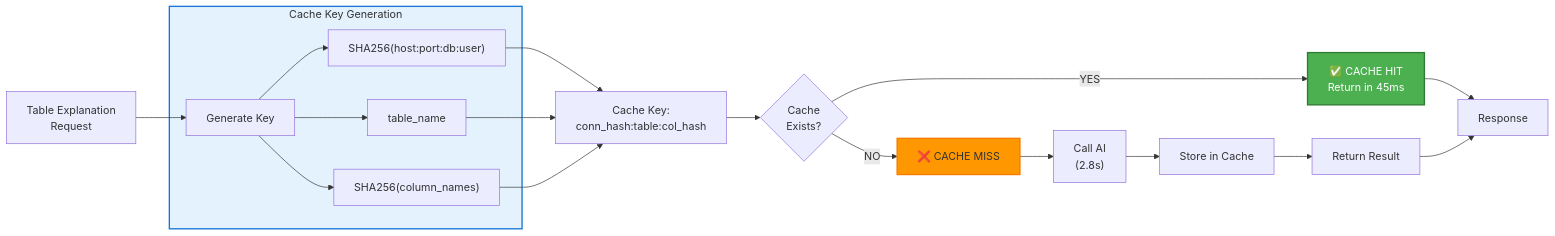
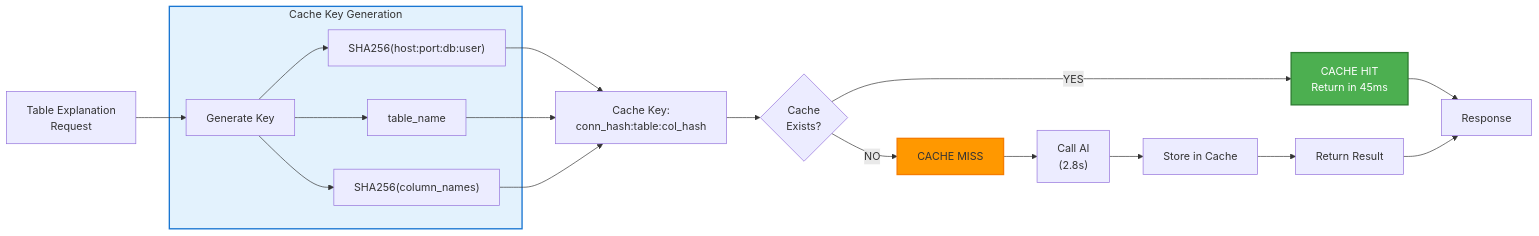
The second of 4 diagrams in src/content/posts/schemasense.mdx (amitdevx/portfolio), drawn with Mermaid before and after one commit. The commit also changed other lines of this file and 6 other files, not shown here.

````diff
--- a/src/content/posts/schemasense.mdx
+++ b/src/content/posts/schemasense.mdx
@@ -191,35 +191,35 @@
 ```mermaid
 graph LR
     Request[Table Explanation<br/>Request] --> Hash
     
     subgraph CacheKey[" Cache Key Generation"]
         Hash["Generate Key"]
         ConnHash["SHA256(host:port:db:user)"]
         TableName["table_name"]
         ColHash["SHA256(column_names)"]
     end
     
     Hash --> ConnHash
     Hash --> TableName  
     Hash --> ColHash
     
     ConnHash --> FullKey["Cache Key:<br/>conn_hash:table:col_hash"]
     TableName --> FullKey
     ColHash --> FullKey
     
     FullKey --> Check{Cache<br/>Exists?}
     
-    Check -->|YES| CacheHit["✅ CACHE HIT<br/>Return in 45ms"]
-    Check -->|NO| CacheMiss["❌ CACHE MISS"]
+    Check -->|YES| CacheHit[" CACHE HIT<br/>Return in 45ms"]
+    Check -->|NO| CacheMiss[" CACHE MISS"]
     
     CacheMiss --> AI["Call AI<br/>(2.8s)"]
     AI --> Store["Store in Cache"]
     Store --> Return["Return Result"]
     
     CacheHit --> End[Response]
     Return --> End
     
     style CacheHit fill:#4caf50,stroke:#2e7d32,stroke-width:2px,color:#fff
     style CacheMiss fill:#ff9800,stroke:#f57c00,stroke-width:2px
     style CacheKey fill:#e3f2fd,stroke:#1976d2,stroke-width:2px
 ```
````
